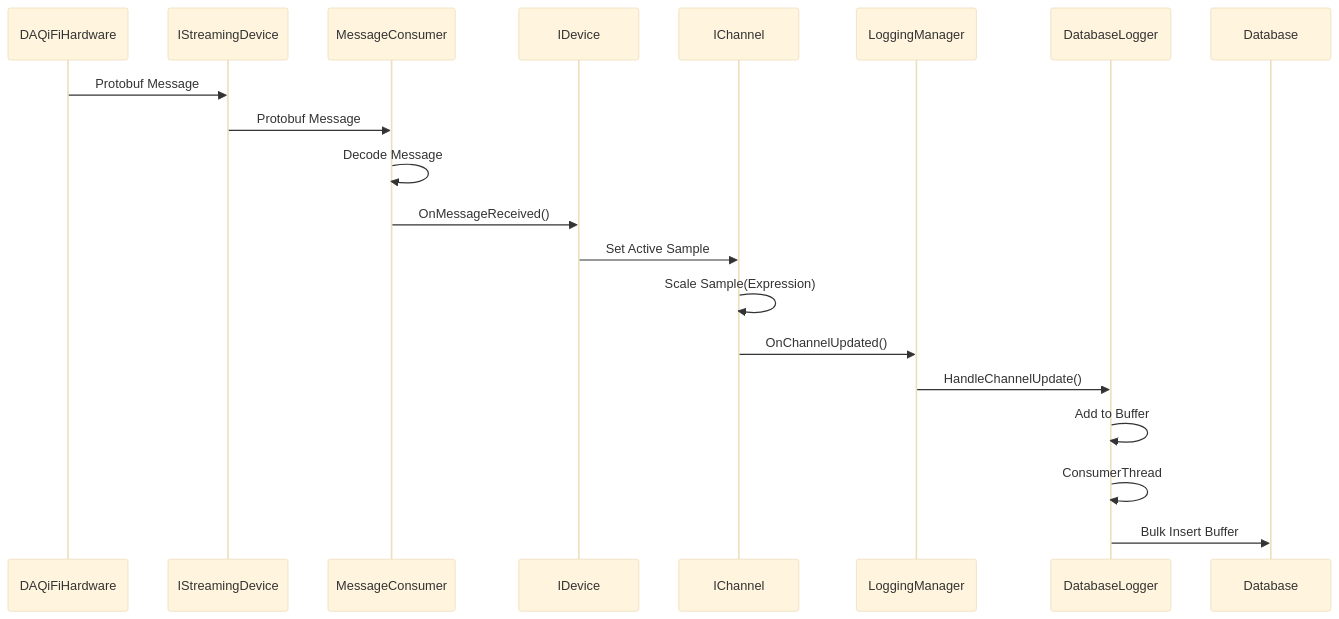
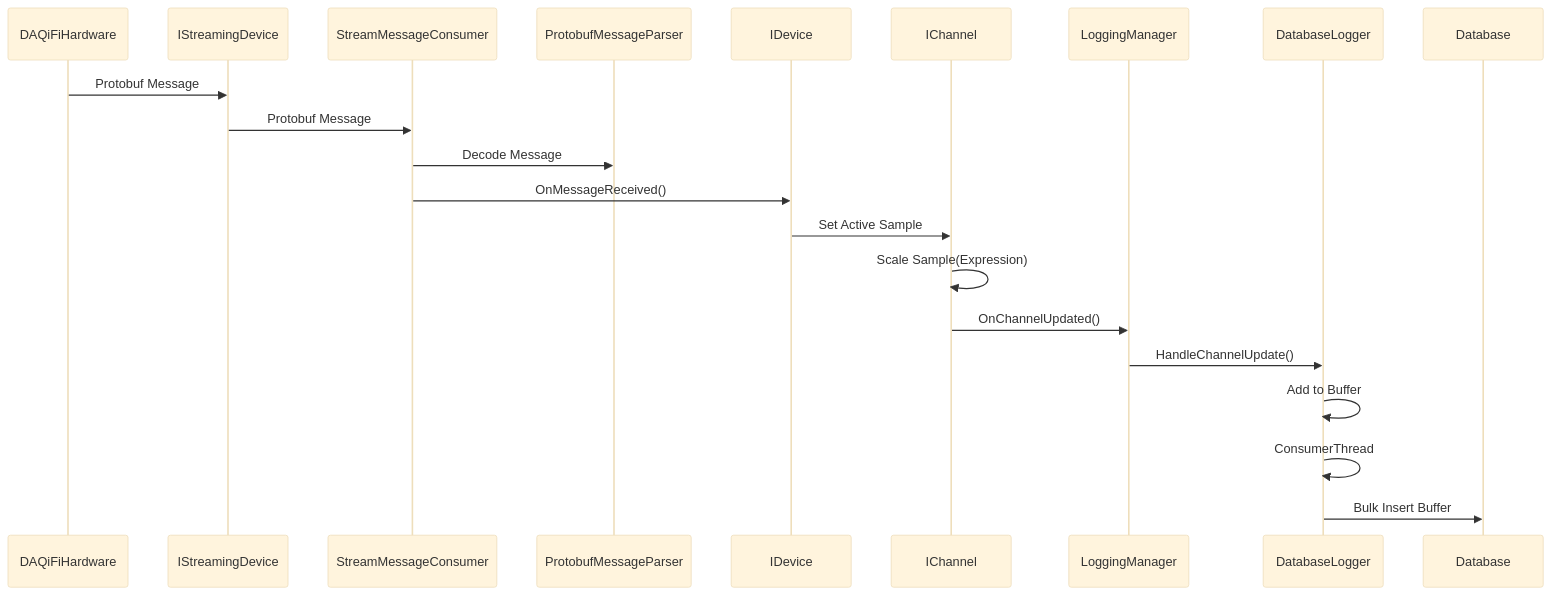
Before and after one commit to daqifi/daqifi-desktop: the diagram in README.md, drawn with Mermaid (base theme). The commit also changed 10 other files, not shown here.

Commit message:
chore: migrate message consumer to core (#371)

````diff
--- a/README.md
+++ b/README.md
@@ -39,14 +39,14 @@
 ```mermaid
 sequenceDiagram
 DAQiFiHardware->>IStreamingDevice: Protobuf Message
-IStreamingDevice->>MessageConsumer: Protobuf Message
-MessageConsumer->>MessageConsumer: Decode Message
-MessageConsumer->>IDevice:OnMessageReceived()
+IStreamingDevice->>StreamMessageConsumer: Protobuf Message
+StreamMessageConsumer->>ProtobufMessageParser: Decode Message
+StreamMessageConsumer->>IDevice:OnMessageReceived()
 IDevice->>IChannel:Set Active Sample
 IChannel->>IChannel:Scale Sample(Expression)
 IChannel->>LoggingManager:OnChannelUpdated()
 LoggingManager->>DatabaseLogger:HandleChannelUpdate()
 DatabaseLogger->>DatabaseLogger:Add to Buffer
 DatabaseLogger->>DatabaseLogger:ConsumerThread
 DatabaseLogger->>Database:Bulk Insert Buffer
 ```
````
